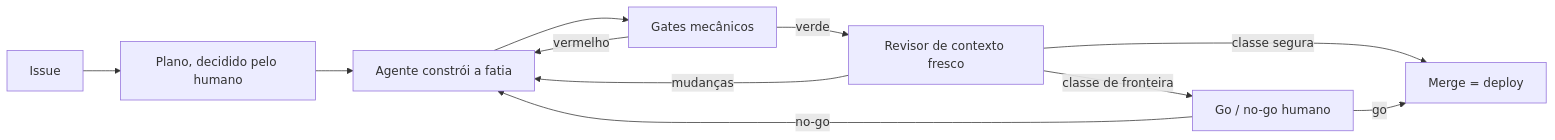
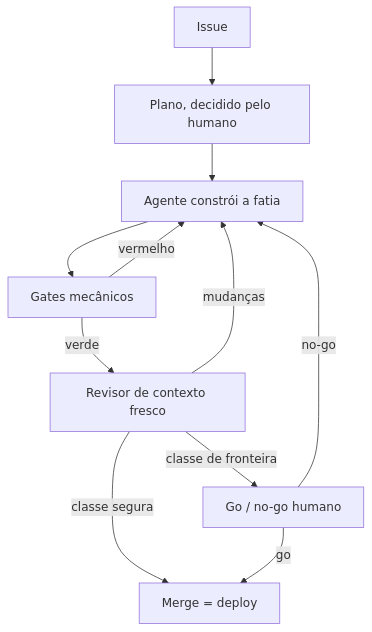
One commit to tedeuxx/tadeumendonca-io changed the third of 4 diagrams in apps/fed/src/content/architecture.pt.md. Above: the diagram before and after it, drawn with Mermaid. The commit also changed other lines of this file and 3 other files, not shown here.

````diff
--- a/apps/fed/src/content/architecture.pt.md
+++ b/apps/fed/src/content/architecture.pt.md
@@ -205,15 +205,15 @@
 ```mermaid
-flowchart LR
+flowchart TD
   accTitle: Onde o humano fica no loop
   accDescr: Uma issue vira um plano que o humano alinha antes de existir código. O agente constrói a fatia e roda os gates mecânicos, que voltam para a construção no vermelho. Um revisor de contexto fresco então julga a mudança e pode devolvê-la. O que é classe segura ele mesmo mergeia, e o merge é o deploy. O que é classe de fronteira — infraestrutura, as regras do próprio loop, publicar um artigo — passa por um go ou no-go humano, que é a última coisa antes da produção e também pode devolver o trabalho.
   I["Issue"] --> P["Plano, decidido pelo humano"]
   P --> B["Agente constrói a fatia"]
   B --> G["Gates mecânicos"]
   G -- "vermelho" --> B
   G -- "verde" --> R["Revisor de contexto fresco"]
   R -- "mudanças" --> B
   R -- "classe segura" --> M["Merge = deploy"]
   R -- "classe de fronteira" --> H["Go / no-go humano"]
   H -- "go" --> M
   H -- "no-go" --> B
 ```
````
